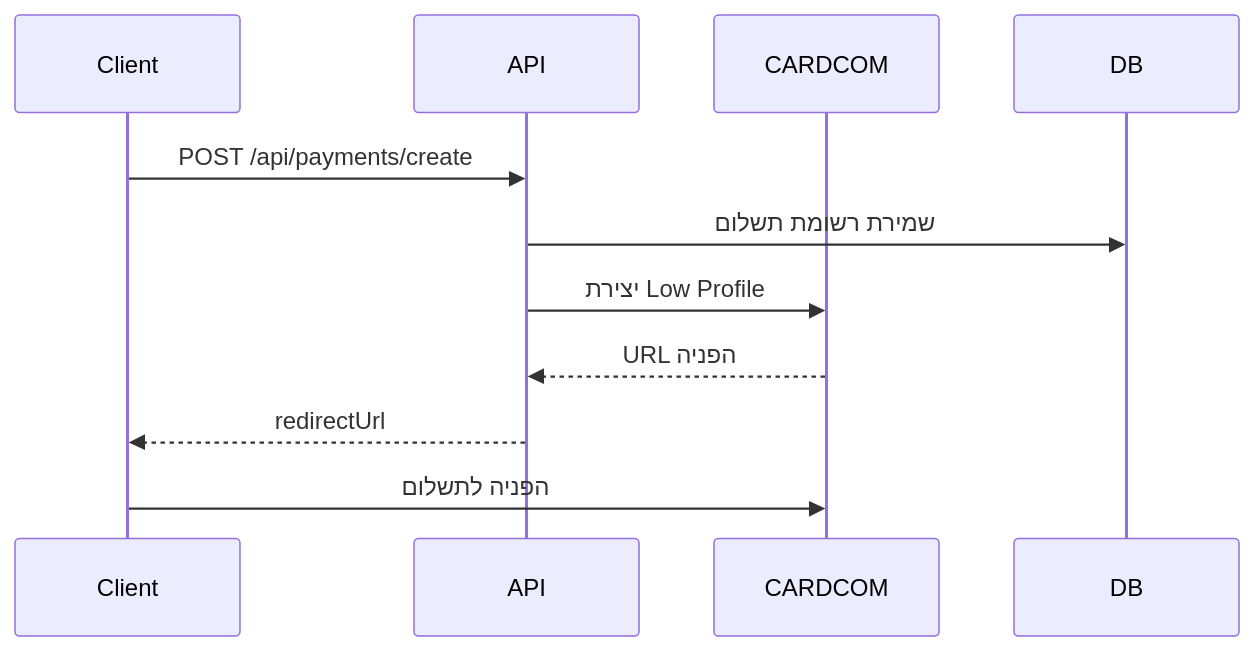
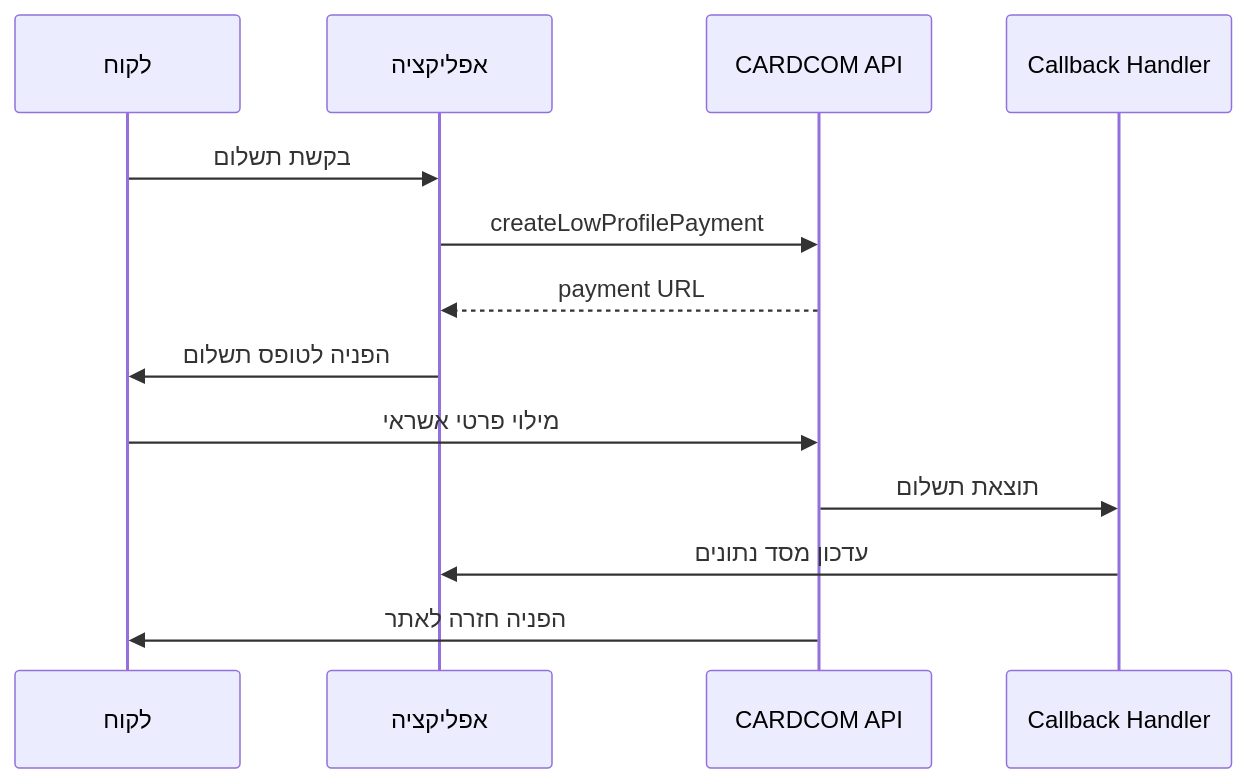
One commit to BenSwDev/Masu-1g changed the diagram in CARDCOM_IMPLEMENTATION_GUIDE.md. Above: the diagram before and after it, drawn with Mermaid. The commit also changed other lines of this file and 2 other files, not shown here.

Commit message:
FIX TYPE CHECK DOWN TO 53 ERRORS AND THE CARDCOM ISSUE

````diff
--- a/CARDCOM_IMPLEMENTATION_GUIDE.md
+++ b/CARDCOM_IMPLEMENTATION_GUIDE.md
@@ -149,14 +33,16 @@
 ```mermaid
 sequenceDiagram
-    participant Client
-    participant API
-    participant CARDCOM
-    participant DB
+    participant User as לקוח
+    participant App as אפליקציה
+    participant CARDCOM as CARDCOM API
+    participant Callback as Callback Handler
 
-    Client->>API: POST /api/payments/create
-    API->>DB: שמירת רשומת תשלום
-    API->>CARDCOM: יצירת Low Profile
-    CARDCOM-->>API: URL הפניה
-    API-->>Client: redirectUrl
-    Client->>CARDCOM: הפניה לתשלום
+    User->>App: בקשת תשלום
+    App->>CARDCOM: createLowProfilePayment
+    CARDCOM-->>App: payment URL
+    App->>User: הפניה לטופס תשלום
+    User->>CARDCOM: מילוי פרטי אשראי
+    CARDCOM->>Callback: תוצאת תשלום
+    Callback->>App: עדכון מסד נתונים
+    CARDCOM->>User: הפניה חזרה לאתר
 ```
````
